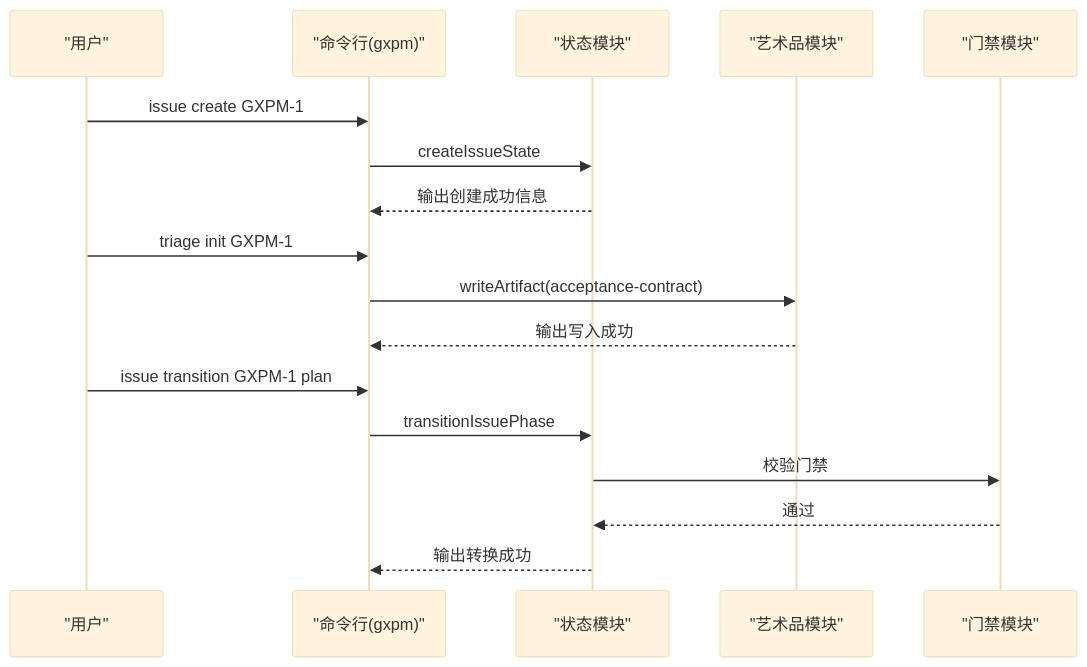
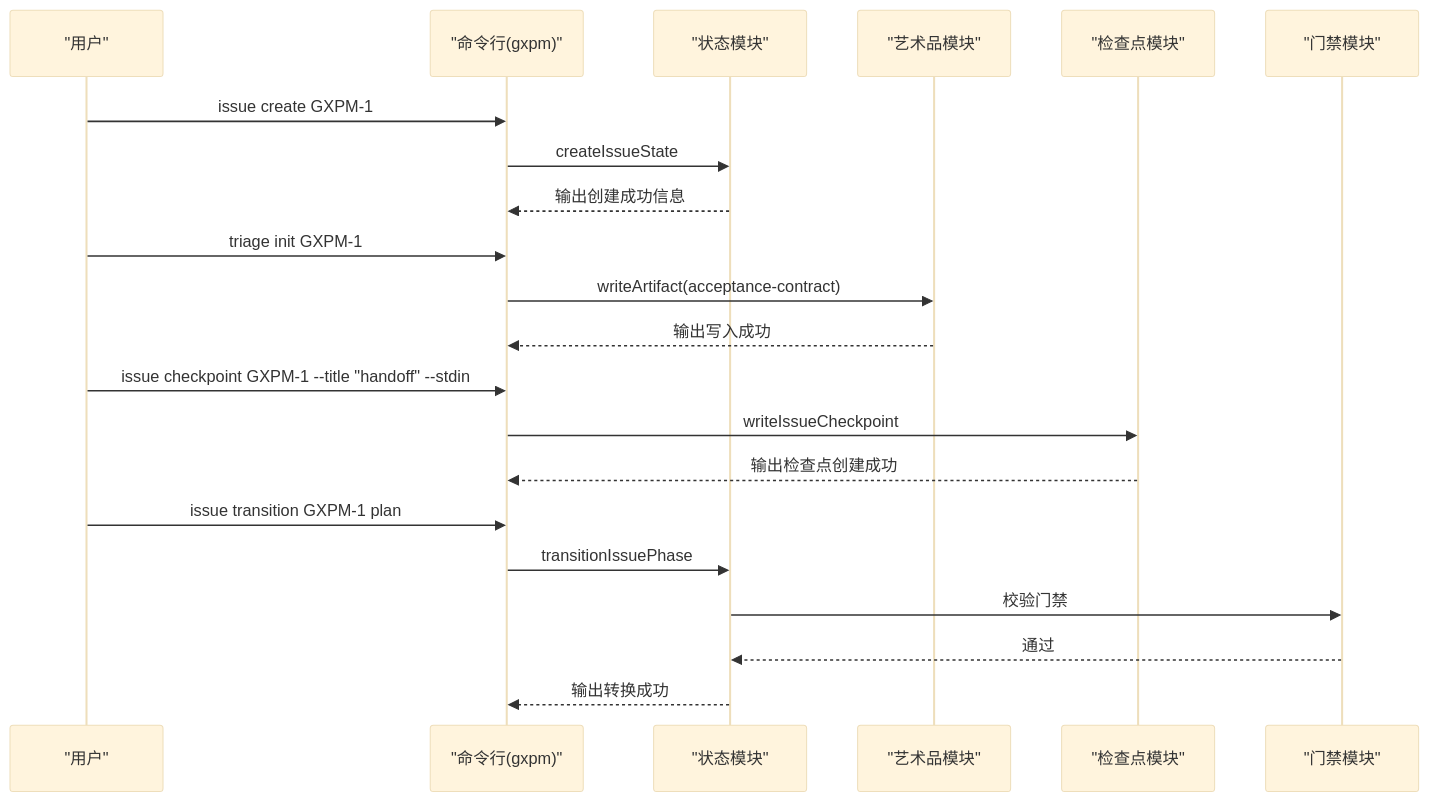
The seventh of 10 diagrams in .qoder/repowiki/zh/content/核心概念/状态机系统.md (laozhong86/gxpm), drawn with Mermaid (base theme) before and after one commit. The commit also changed other lines of this file and 8 other files, not shown here.

````diff
--- a/.qoder/repowiki/zh/content/核心概念/状态机系统.md
+++ b/.qoder/repowiki/zh/content/核心概念/状态机系统.md
@@ -312,19 +370,23 @@
 ```mermaid
 sequenceDiagram
 participant U as "用户"
 participant CLI as "命令行(gxpm)"
 participant State as "状态模块"
 participant Art as "艺术品模块"
+participant Check as "检查点模块"
 participant Gate as "门禁模块"
 U->>CLI : issue create GXPM-1
 CLI->>State : createIssueState
 State-->>CLI : 输出创建成功信息
 U->>CLI : triage init GXPM-1
 CLI->>Art : writeArtifact(acceptance-contract)
 Art-->>CLI : 输出写入成功
+U->>CLI : issue checkpoint GXPM-1 --title "handoff" --stdin
+CLI->>Check : writeIssueCheckpoint
+Check-->>CLI : 输出检查点创建成功
 U->>CLI : issue transition GXPM-1 plan
 CLI->>State : transitionIssuePhase
 State->>Gate : 校验门禁
 Gate-->>State : 通过
 State-->>CLI : 输出转换成功
 ```
````
